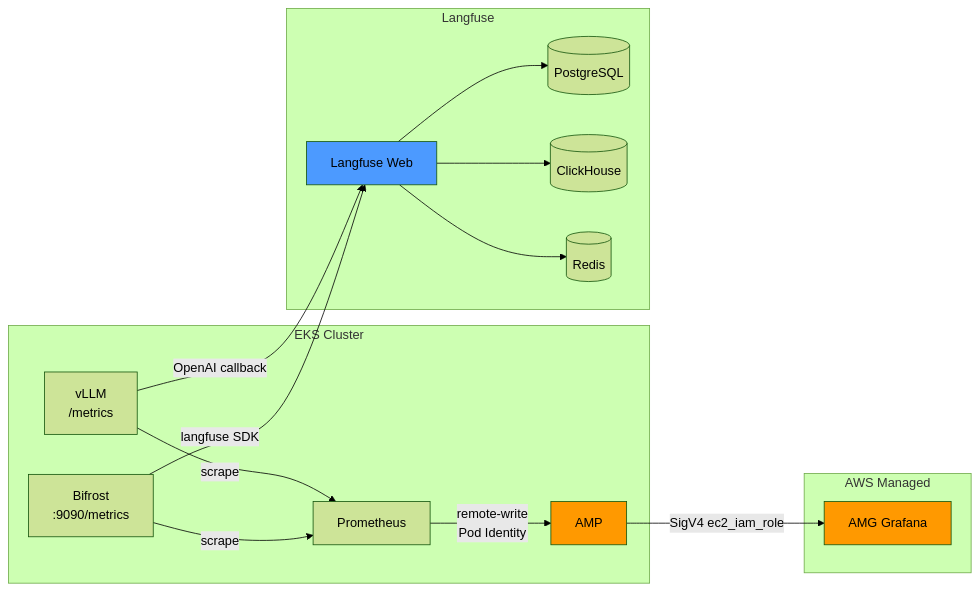
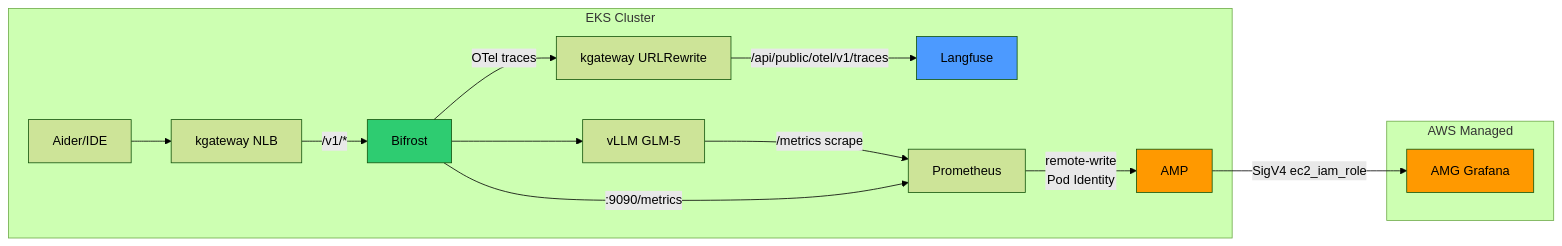
One commit to devfloor9/engineering-playbook changed the second of 2 diagrams in docs/agentic-ai-platform/model-serving/glm5-deployment-guide.md. Above: the diagram before and after it, drawn with Mermaid (forest theme). The commit also changed other lines of this file and 4 other files, not shown here.

````diff
--- a/docs/agentic-ai-platform/model-serving/glm5-deployment-guide.md
+++ b/docs/agentic-ai-platform/model-serving/glm5-deployment-guide.md
@@ -940,24 +940,22 @@
 ```mermaid
 graph LR
     subgraph "EKS Cluster"
-        VLLM[vLLM<br/>/metrics] -->|scrape| PROM[Prometheus]
-        BIFROST[Bifrost<br/>:9090/metrics] -->|scrape| PROM
+        Client[Aider/IDE] --> KGW[kgateway NLB]
+        KGW -->|/v1/*| BF[Bifrost]
+        BF --> VLLM[vLLM GLM-5]
+        BF -->|OTel traces| KGW2[kgateway URLRewrite]
+        KGW2 -->|/api/public/otel/v1/traces| LF[Langfuse]
+        VLLM -->|/metrics scrape| PROM[Prometheus]
+        BF -->|:9090/metrics| PROM
         PROM -->|remote-write<br/>Pod Identity| AMP[AMP]
     end
     
     subgraph "AWS Managed"
         AMP -->|SigV4 ec2_iam_role| AMG[AMG Grafana]
     end
     
-    subgraph "Langfuse"
-        VLLM -->|OpenAI callback| LF[Langfuse Web]
-        BIFROST -->|langfuse SDK| LF
-        LF --> PG[(PostgreSQL)]
-        LF --> CH[(ClickHouse)]
-        LF --> RD[(Redis)]
-    end
-    
     style AMP fill:#ff9900
     style AMG fill:#ff9900
     style LF fill:#4c9aff
+    style BF fill:#2ecc71
 ```
````
